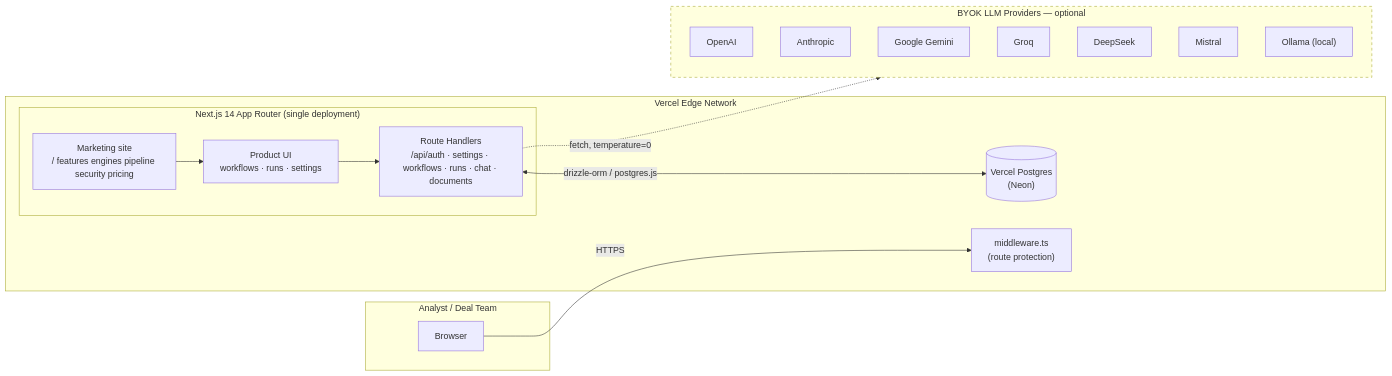
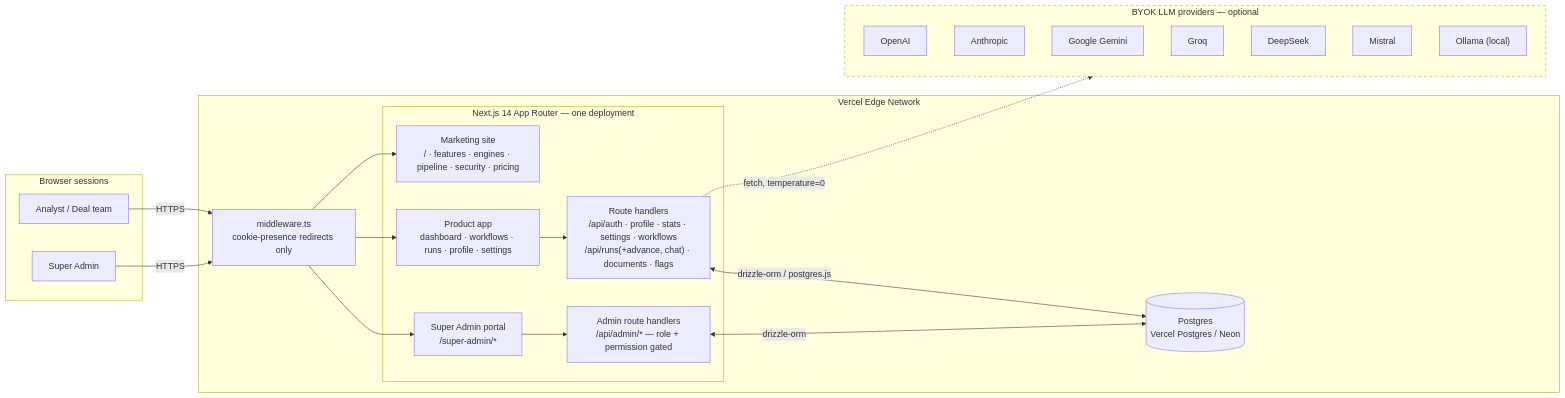
The first of 5 diagrams in docs/ARCHITECTURE.md (proteendas/cognifina-ai), drawn with Mermaid before and after one commit. The commit also changed other lines of this file and 58 other files, not shown here.

````diff
--- a/docs/ARCHITECTURE.md
+++ b/docs/ARCHITECTURE.md
@@ -9,34 +9,43 @@
 ```mermaid
 flowchart LR
-    subgraph User["Analyst / Deal Team"]
-        U[Browser]
+    subgraph Users["Browser sessions"]
+        U["Analyst / Deal team"]
+        A["Super Admin"]
     end
 
     subgraph Vercel["Vercel Edge Network"]
-        MW["middleware.ts<br/>(route protection)"]
-        subgraph Next["Next.js 14 App Router (single deployment)"]
-            MKT["Marketing site<br/>/ features engines pipeline security pricing"]
-            APP["Product UI<br/>workflows · runs · settings"]
-            API["Route Handlers<br/>/api/auth · settings · workflows · runs · chat · documents"]
+        MW["middleware.ts<br/>cookie-presence redirects only"]
+        subgraph Next["Next.js 14 App Router — one deployment"]
+            MKT["Marketing site<br/>/ · features · engines · pipeline · security · pricing"]
+            APP["Product app<br/>dashboard · workflows · runs · profile · settings"]
+            SA["Super Admin portal<br/>/super-admin/*"]
+            API["Route handlers<br/>/api/auth · profile · stats · settings · workflows<br/>/api/runs(+advance, chat) · documents · flags"]
+            AAPI["Admin route handlers<br/>/api/admin/* — role + permission gated"]
         end
-        PG[("Vercel Postgres<br/>(Neon)")]
+        PG[("Postgres<br/>Vercel Postgres / Neon")]
     end
 
-    subgraph Providers["BYOK LLM Providers — optional"]
+    subgraph Providers["BYOK LLM providers — optional"]
         OAI["OpenAI"]
         CLA["Anthropic"]
         GEM["Google Gemini"]
         GRQ["Groq"]
         DSK["DeepSeek"]
         MST["Mistral"]
         OLL["Ollama (local)"]
     end
 
     U -->|HTTPS| MW
-    MKT --> APP --> API
+    A -->|HTTPS| MW
+    MW --> MKT
+    MW --> APP
+    MW --> SA
+    APP --> API
+    SA --> AAPI
     API <-->|drizzle-orm / postgres.js| PG
+    AAPI <-->|drizzle-orm| PG
     API -.->|fetch, temperature=0| Providers
 
     classDef opt stroke-dasharray: 5 5;
     class Providers opt;
 ```
````
